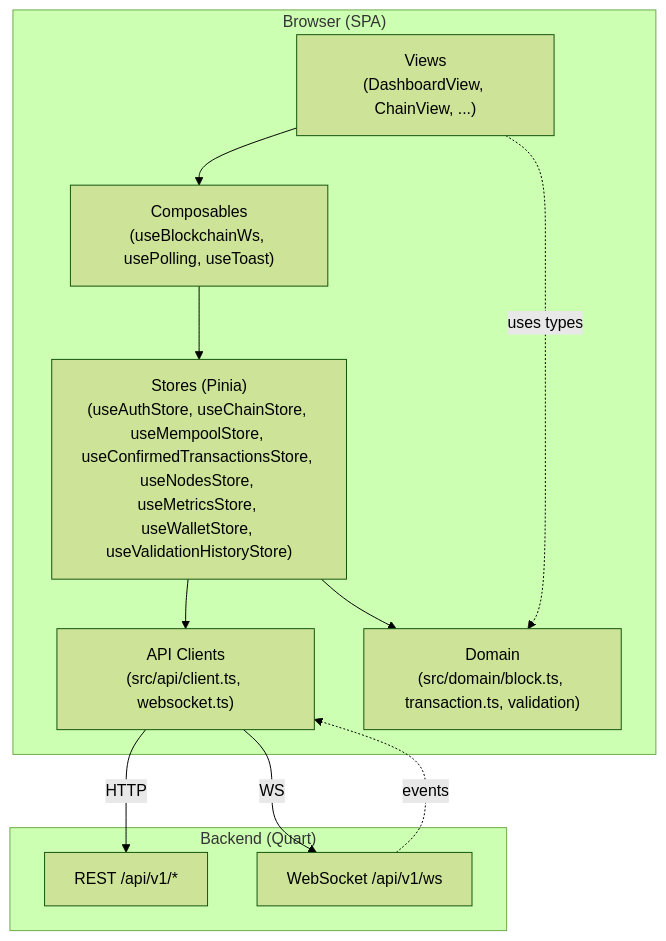
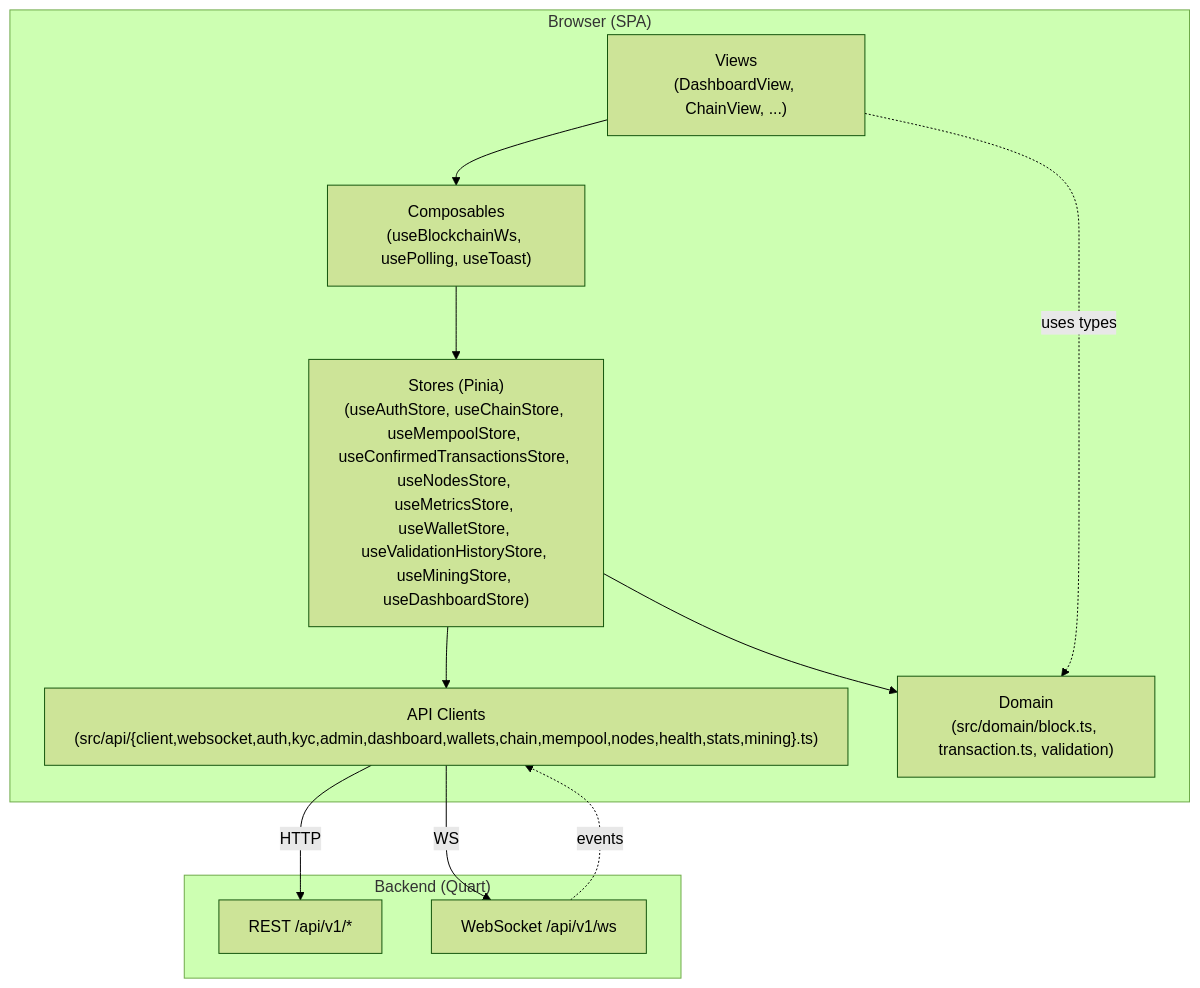
Before and after one commit to basic-blockchain/basic-blockchain-frontend: the first of 8 diagrams in docs/architecture.md, drawn with Mermaid (forest theme). The commit also changed other lines of this file, not shown here.

First line of the commit message:
docs(architecture): refresh for Phase 7 stack and API surface

````diff
--- a/docs/architecture.md
+++ b/docs/architecture.md
@@ -67,24 +107,24 @@
 ```mermaid
 flowchart TB
     subgraph Browser["Browser (SPA)"]
         V["Views<br/>(DashboardView, ChainView, ...)"]
         C["Composables<br/>(useBlockchainWs, usePolling, useToast)"]
-        S["Stores (Pinia)<br/>(useAuthStore, useChainStore, useMempoolStore, useConfirmedTransactionsStore, useNodesStore, useMetricsStore, useWalletStore, useValidationHistoryStore)"]
-        A["API Clients<br/>(src/api/client.ts, websocket.ts)"]
+        S["Stores (Pinia)<br/>(useAuthStore, useChainStore, useMempoolStore, useConfirmedTransactionsStore, useNodesStore, useMetricsStore, useWalletStore, useValidationHistoryStore, useMiningStore, useDashboardStore)"]
+        A["API Clients<br/>(src/api/{client,websocket,auth,kyc,admin,dashboard,wallets,chain,mempool,nodes,health,stats,mining}.ts)"]
         D["Domain<br/>(src/domain/block.ts, transaction.ts, validation)"]
     end
 
     subgraph Backend["Backend (Quart)"]
         REST["REST /api/v1/*"]
         WS["WebSocket /api/v1/ws"]
     end
 
     V --> C
     C --> S
     S --> A
     S --> D
     V -.uses types.-> D
     A -->|HTTP| REST
     A -->|WS| WS
     WS -.events.-> A
 ```
````
